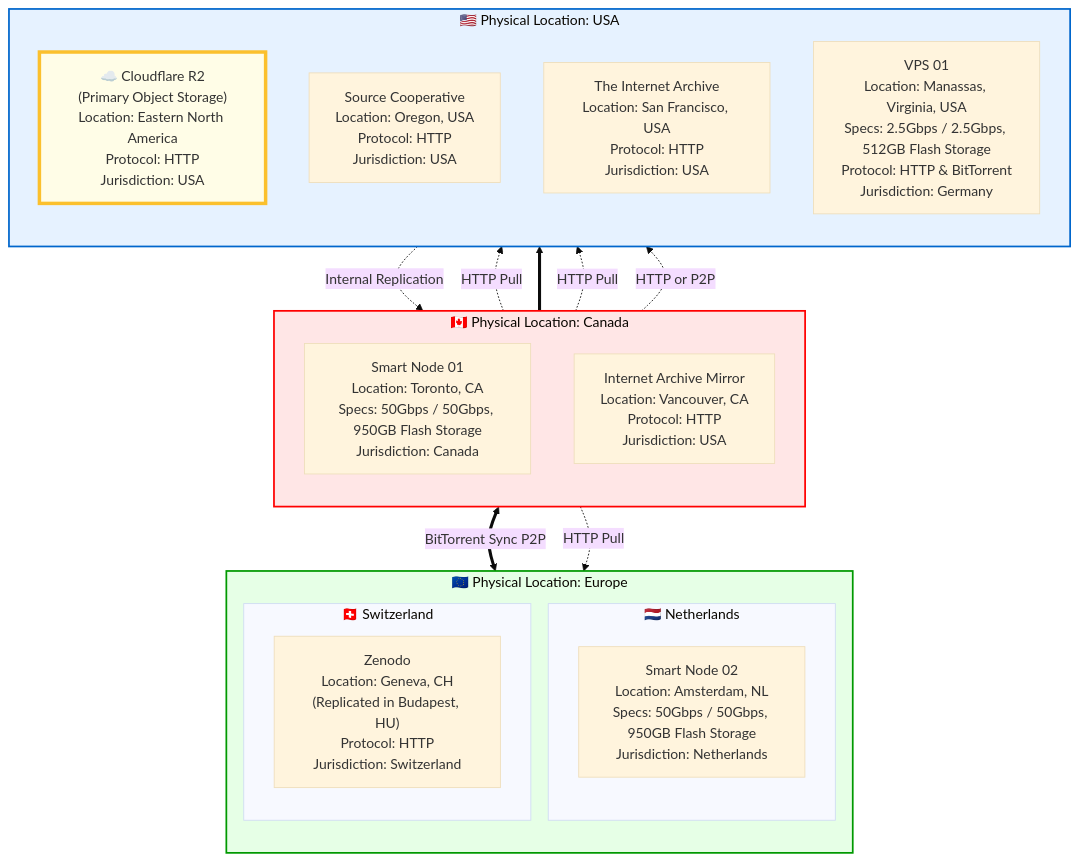
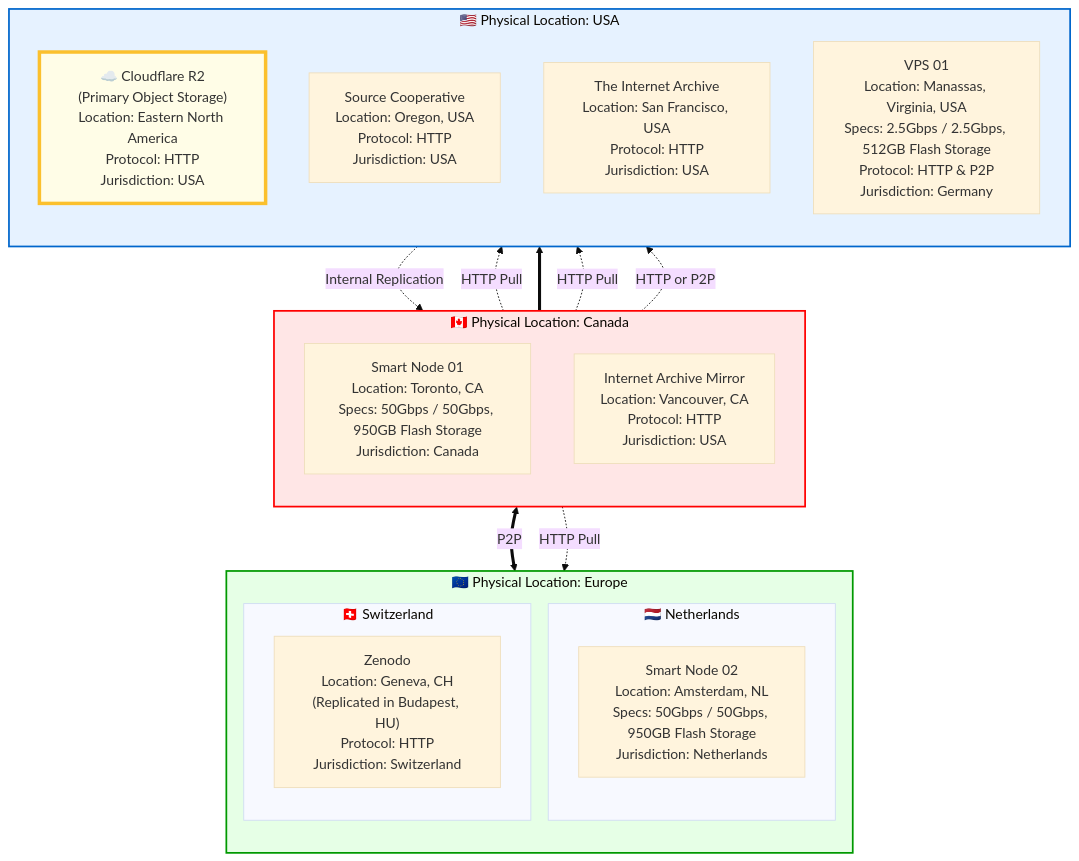
The diagram in content/infrastructure/_index.md (dataforcanada/www.dataforcanada.org), drawn with Mermaid (base theme) before and after one commit. The commit also changed other lines of this file and 1 other file, not shown here.

Commit message:
Use generic term for BitTorrent technology

```diff
--- a/content/infrastructure/_index.md
+++ b/content/infrastructure/_index.md
@@ -58,7 +58,7 @@
         Netcup["VPS 01
 Location: Manassas, Virginia, USA
 Specs: 2.5Gbps / 2.5Gbps, 512GB Flash Storage
-Protocol: HTTP & BitTorrent
+Protocol: HTTP & P2P
 Jurisdiction: Germany"]
     end
 
@@ -87,7 +87,7 @@
     %% CONNECTIONS
     %% ---------------------------------------------------------
     
-    NodeTO <==>|BitTorrent Sync P2P| NodeAMS
+    NodeTO <==>|P2P| NodeAMS
     IA_SF -.->|Internal Replication| IA_Van
     
     NodeTO -.->|HTTP Pull| SourceCoop
```
